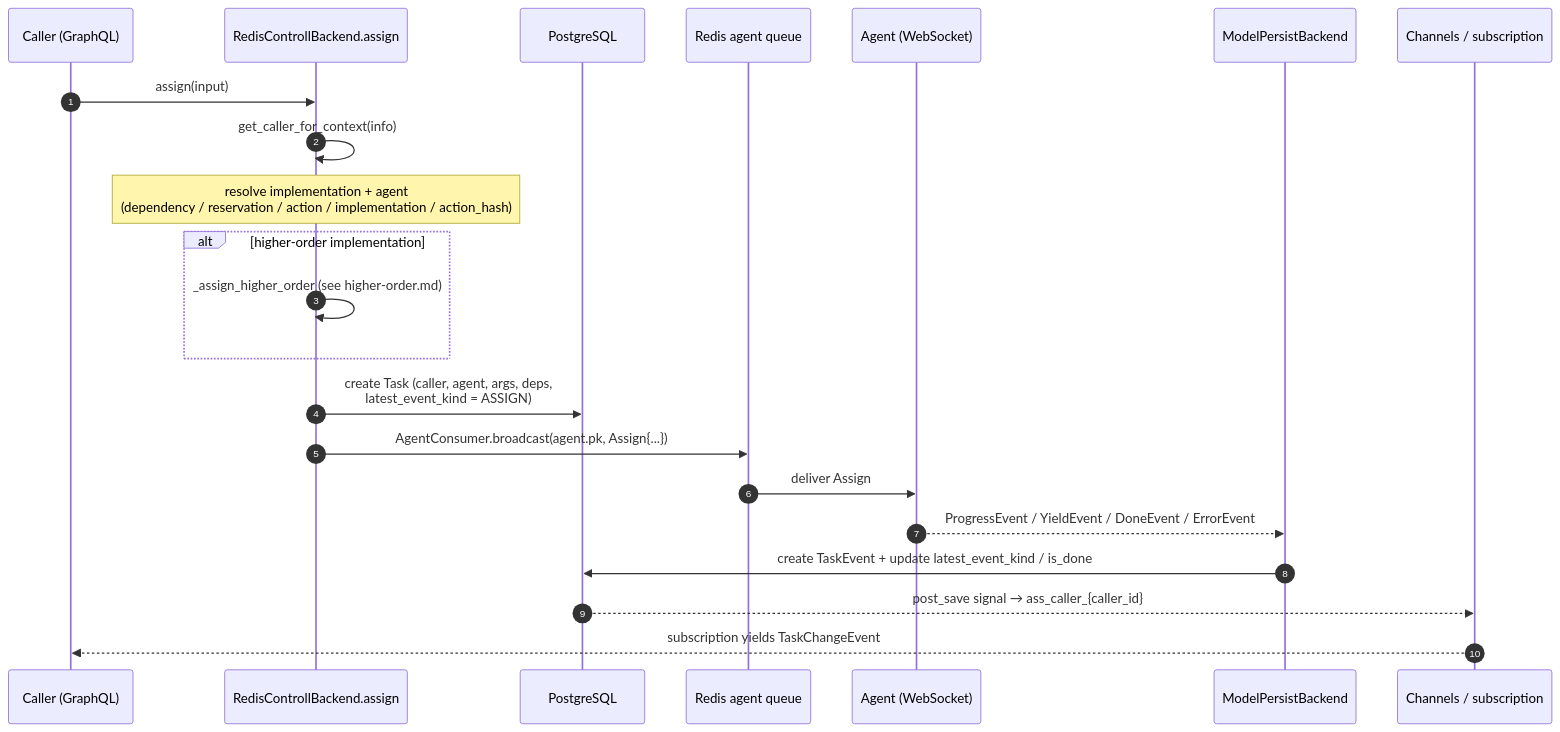
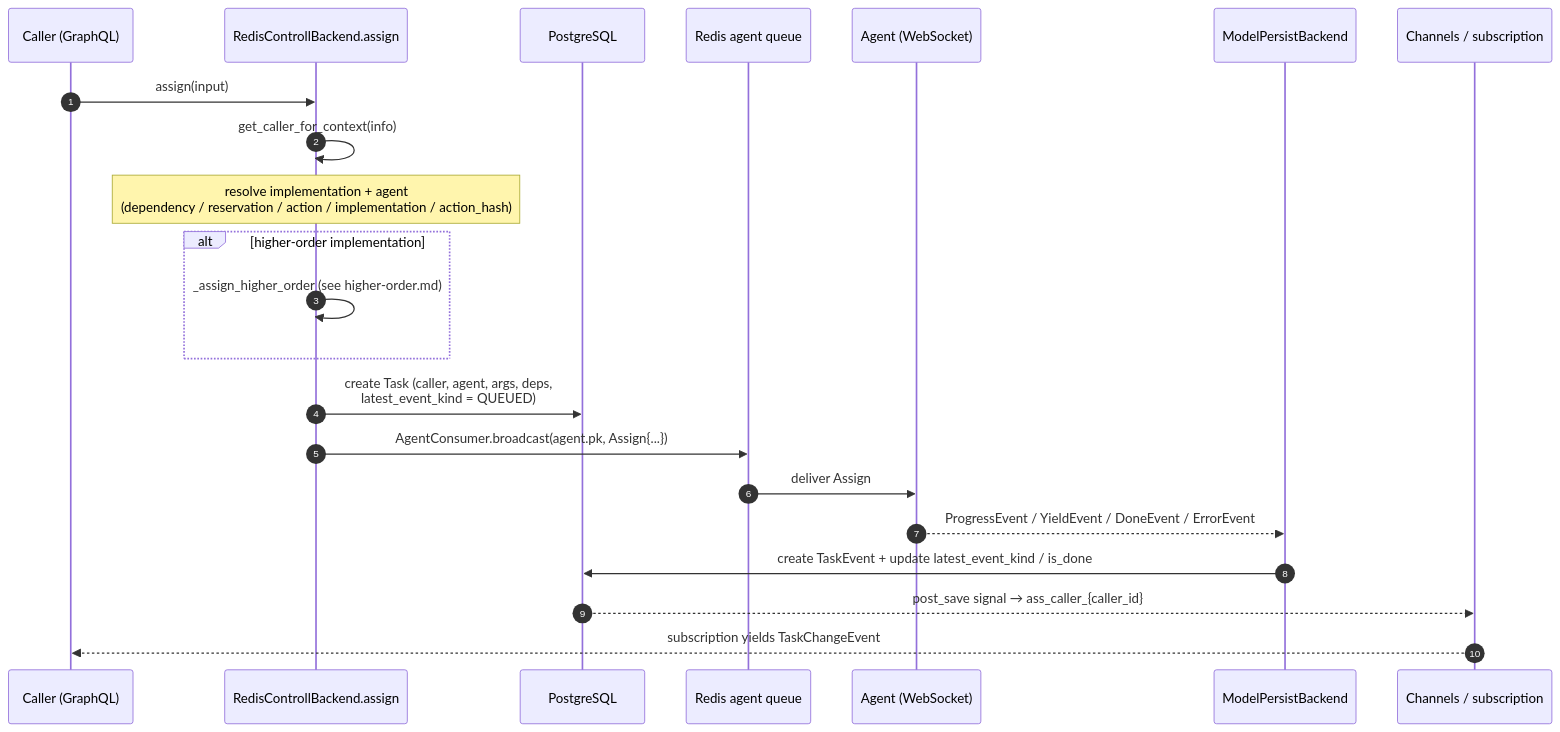
One commit to arkitektio/rekuest-server-next changed the first of 2 diagrams in docs/design/task-lifecycle.md. Above: the diagram before and after it, drawn with Mermaid. The commit also changed other lines of this file and 73 other files, not shown here.

````diff
--- a/docs/design/task-lifecycle.md
+++ b/docs/design/task-lifecycle.md
@@ -11,25 +11,25 @@
 ```mermaid
 sequenceDiagram
     autonumber
     participant C as Caller (GraphQL)
     participant BE as RedisControllBackend.assign
     participant DB as PostgreSQL
     participant Q as Redis agent queue
     participant AG as Agent (WebSocket)
     participant PB as ModelPersistBackend
     participant CH as Channels / subscription
 
     C->>BE: assign(input)
     BE->>BE: get_caller_for_context(info)
     Note over BE: resolve implementation + agent<br/>(dependency / reservation / action / implementation / action_hash)
     alt higher-order implementation
         BE->>BE: _assign_higher_order (see higher-order.md)
     end
-    BE->>DB: create Task (caller, agent, args, deps,<br/>latest_event_kind = ASSIGN)
+    BE->>DB: create Task (caller, agent, args, deps,<br/>latest_event_kind = QUEUED)
     BE->>Q: AgentConsumer.broadcast(agent.pk, Assign{...})
     Q->>AG: deliver Assign
     AG-->>PB: ProgressEvent / YieldEvent / DoneEvent / ErrorEvent
     PB->>DB: create TaskEvent + update latest_event_kind / is_done
     DB-->>CH: post_save signal → ass_caller_{caller_id}
     CH-->>C: subscription yields TaskChangeEvent
 ```
````
